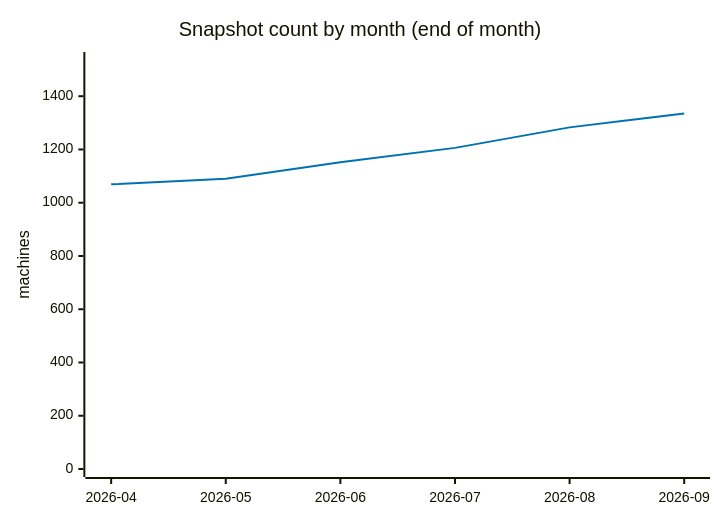
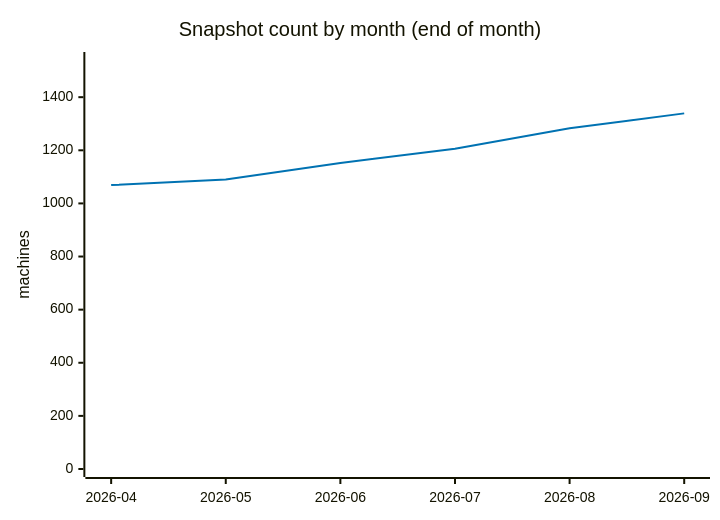
The fourth of 5 diagrams in ANALYSIS.md (cheeaun/returnright-data), drawn with Mermaid before and after one commit. The commit also changed other lines of this file and 3 other files, not shown here.

````diff
--- a/ANALYSIS.md
+++ b/ANALYSIS.md
@@ -204,13 +202,13 @@
 ```mermaid
 ---
 config:
   themeVariables:
     xyChart:
       plotColorPalette: "#0072B2"
 ---
 xychart-beta
     title "Snapshot count by month (end of month)"
     x-axis ["2026-04", "2026-05", "2026-06", "2026-07", "2026-08", "2026-09"]
-    y-axis "machines" 0 --> 1536
-    line [1069, 1090, 1152, 1206, 1283, 1335]
+    y-axis "machines" 0 --> 1540
+    line [1069, 1090, 1152, 1206, 1283, 1339]
 ```
````
